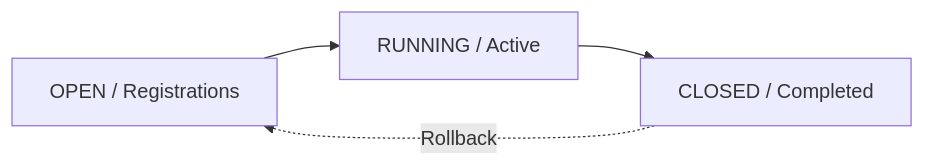
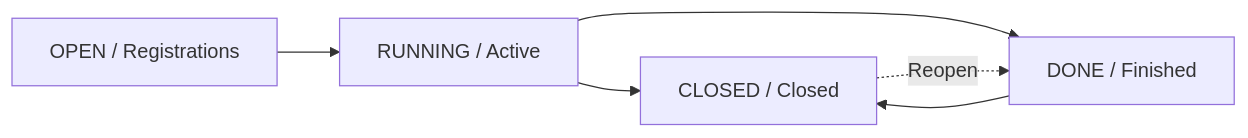
One commit to Aschefr/Alanbix changed the diagram in docs/en/features/tournaments.md. Above: the diagram before and after it, drawn with Mermaid. The commit also changed other lines of this file and 93 other files, not shown here.

````diff
--- a/docs/en/features/tournaments.md
+++ b/docs/en/features/tournaments.md
@@ -11,6 +11,8 @@
 ```mermaid
 graph LR
     OPEN[OPEN / Registrations] --> RUNNING[RUNNING / Active]
-    RUNNING --> CLOSED[CLOSED / Completed]
-    CLOSED -.->|Rollback| OPEN
+    RUNNING --> CLOSED[CLOSED / Closed]
+    RUNNING --> DONE[DONE / Finished]
+    DONE --> CLOSED
+    CLOSED -.->|Reopen| DONE
 ```
````
